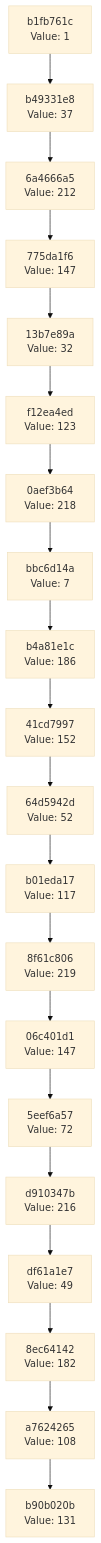
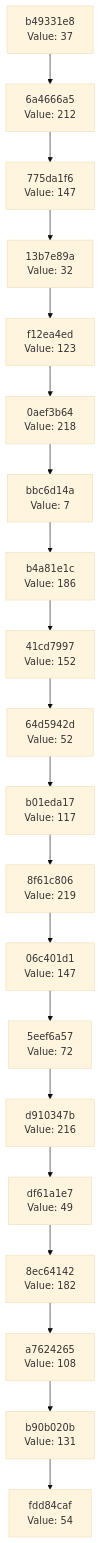
The diagram in docs/CHAIN_VISUALIZATION.md (Abhisheksinha1506/hash-chain-evolver), drawn with Mermaid (base theme) before and after one commit. The commit also changed 3 other files, not shown here.

````diff
--- a/docs/CHAIN_VISUALIZATION.md
+++ b/docs/CHAIN_VISUALIZATION.md
@@ -3,42 +3,42 @@
 ```mermaid
 graph TD
-    C0["b90b020b<br/>Value: 131"]
-    C1["a7624265<br/>Value: 108"]
+    C0["fdd84caf<br/>Value: 54"]
+    C1["b90b020b<br/>Value: 131"]
     C1 --> C0
-    C2["8ec64142<br/>Value: 182"]
+    C2["a7624265<br/>Value: 108"]
     C2 --> C1
-    C3["df61a1e7<br/>Value: 49"]
+    C3["8ec64142<br/>Value: 182"]
     C3 --> C2
-    C4["d910347b<br/>Value: 216"]
+    C4["df61a1e7<br/>Value: 49"]
     C4 --> C3
-    C5["5eef6a57<br/>Value: 72"]
+    C5["d910347b<br/>Value: 216"]
     C5 --> C4
-    C6["06c401d1<br/>Value: 147"]
+    C6["5eef6a57<br/>Value: 72"]
     C6 --> C5
-    C7["8f61c806<br/>Value: 219"]
+    C7["06c401d1<br/>Value: 147"]
     C7 --> C6
-    C8["b01eda17<br/>Value: 117"]
+    C8["8f61c806<br/>Value: 219"]
     C8 --> C7
-    C9["64d5942d<br/>Value: 52"]
+    C9["b01eda17<br/>Value: 117"]
     C9 --> C8
-    C10["41cd7997<br/>Value: 152"]
+    C10["64d5942d<br/>Value: 52"]
     C10 --> C9
-    C11["b4a81e1c<br/>Value: 186"]
+    C11["41cd7997<br/>Value: 152"]
     C11 --> C10
-    C12["bbc6d14a<br/>Value: 7"]
+    C12["b4a81e1c<br/>Value: 186"]
     C12 --> C11
-    C13["0aef3b64<br/>Value: 218"]
+    C13["bbc6d14a<br/>Value: 7"]
     C13 --> C12
-    C14["f12ea4ed<br/>Value: 123"]
+    C14["0aef3b64<br/>Value: 218"]
     C14 --> C13
-    C15["13b7e89a<br/>Value: 32"]
+    C15["f12ea4ed<br/>Value: 123"]
     C15 --> C14
-    C16["775da1f6<br/>Value: 147"]
+    C16["13b7e89a<br/>Value: 32"]
     C16 --> C15
-    C17["6a4666a5<br/>Value: 212"]
+    C17["775da1f6<br/>Value: 147"]
     C17 --> C16
-    C18["b49331e8<br/>Value: 37"]
+    C18["6a4666a5<br/>Value: 212"]
     C18 --> C17
-    C19["b1fb761c<br/>Value: 1"]
+    C19["b49331e8<br/>Value: 37"]
     C19 --> C18
 ```
````
